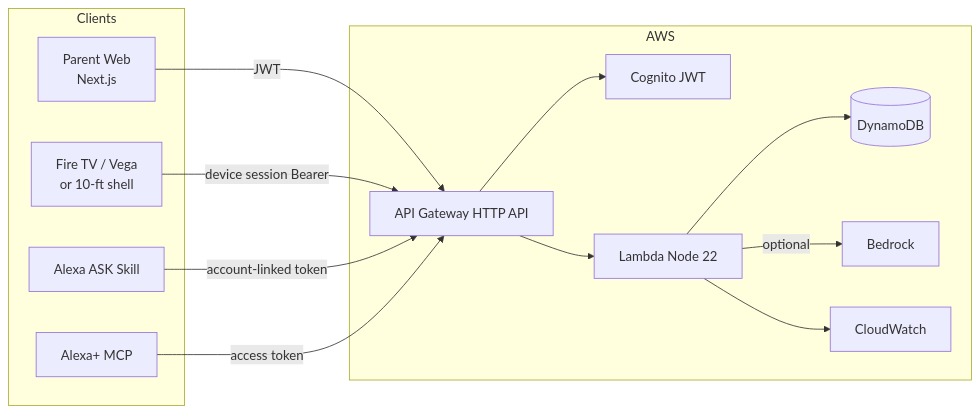
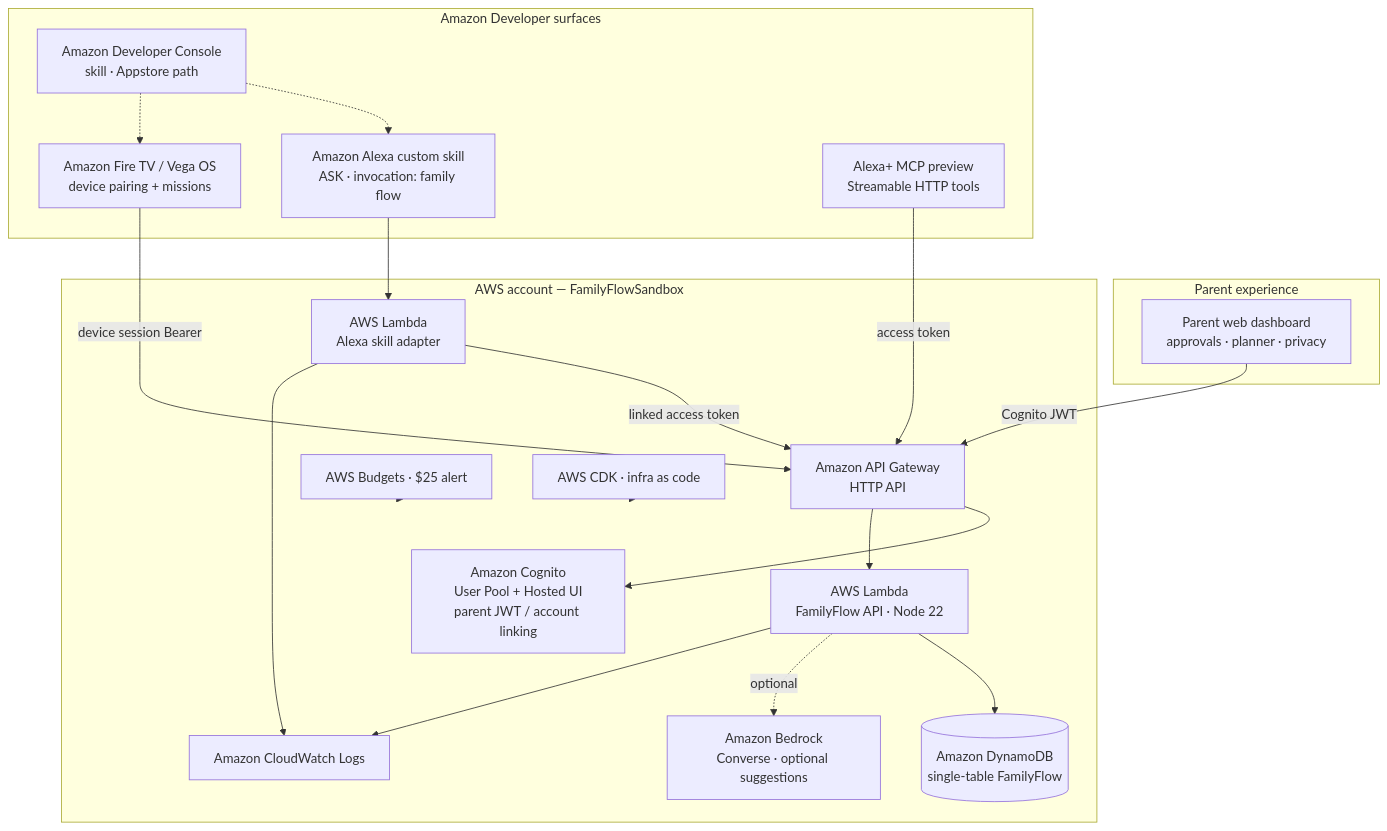
Before and after one commit to LightLLM/FamilyFlow-AI: the first of 3 diagrams in README.md, drawn with Mermaid. The commit also changed other lines of this file, not shown here.

First line of the commit message:
Add Amazon-centric architecture and DynamoDB data diagrams to README.

````diff
--- a/README.md
+++ b/README.md
@@ -127,28 +131,41 @@
 ```mermaid
-flowchart LR
-  subgraph Clients
-    WEB[Parent Web<br/>Next.js]
-    TV[Fire TV / Vega<br/>or 10-ft shell]
-    AX[Alexa ASK Skill]
-    MCP[Alexa+ MCP]
+flowchart TB
+  subgraph AmazonDev["Amazon Developer surfaces"]
+    FTV["Amazon Fire TV / Vega OS<br/>device pairing + missions"]
+    ASK["Amazon Alexa custom skill<br/>ASK · invocation: family flow"]
+    MCP["Alexa+ MCP preview<br/>Streamable HTTP tools"]
+    CONSOLE["Amazon Developer Console<br/>skill · Appstore path"]
   end
 
-  subgraph AWS
-    APIGW[API Gateway HTTP API]
-    COG[Cognito JWT]
-    LAMBDA[Lambda Node 22]
-    DDB[(DynamoDB)]
-    BR[Bedrock]
-    CW[CloudWatch]
+  subgraph ParentSide["Parent experience"]
+    WEB["Parent web dashboard<br/>approvals · planner · privacy"]
   end
 
-  WEB -->|JWT| APIGW
-  TV -->|device session Bearer| APIGW
-  AX -->|account-linked token| APIGW
+  subgraph AWS["AWS account — FamilyFlowSandbox"]
+    COG["Amazon Cognito<br/>User Pool + Hosted UI<br/>parent JWT / account linking"]
+    APIGW["Amazon API Gateway<br/>HTTP API"]
+    APIL["AWS Lambda<br/>FamilyFlow API · Node 22"]
+    AXL["AWS Lambda<br/>Alexa skill adapter"]
+    DDB[("Amazon DynamoDB<br/>single-table FamilyFlow")]
+    BR["Amazon Bedrock<br/>Converse · optional suggestions"]
+    CW["Amazon CloudWatch Logs"]
+    BUD["AWS Budgets · $25 alert"]
+    CDK["AWS CDK · infra as code"]
+  end
+
+  CONSOLE -.-> ASK
+  CONSOLE -.-> FTV
+  WEB -->|Cognito JWT| APIGW
+  FTV -->|device session Bearer| APIGW
+  ASK --> AXL
+  AXL -->|linked access token| APIGW
   MCP -->|access token| APIGW
   APIGW --> COG
-  APIGW --> LAMBDA
-  LAMBDA --> DDB
-  LAMBDA -->|optional| BR
-  LAMBDA --> CW
+  APIGW --> APIL
+  APIL --> DDB
+  APIL -.->|optional| BR
+  APIL --> CW
+  AXL --> CW
+  CDK --> AWS
+  BUD -.-> AWS
 ```
````
